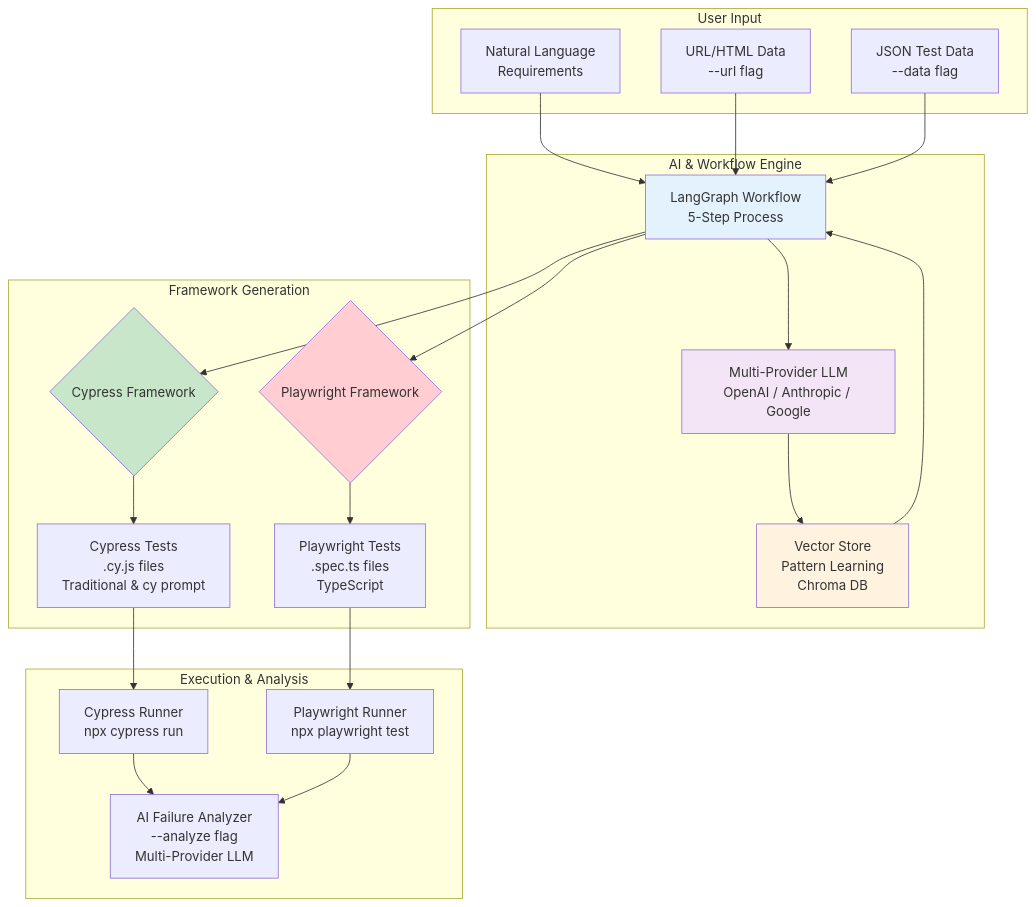
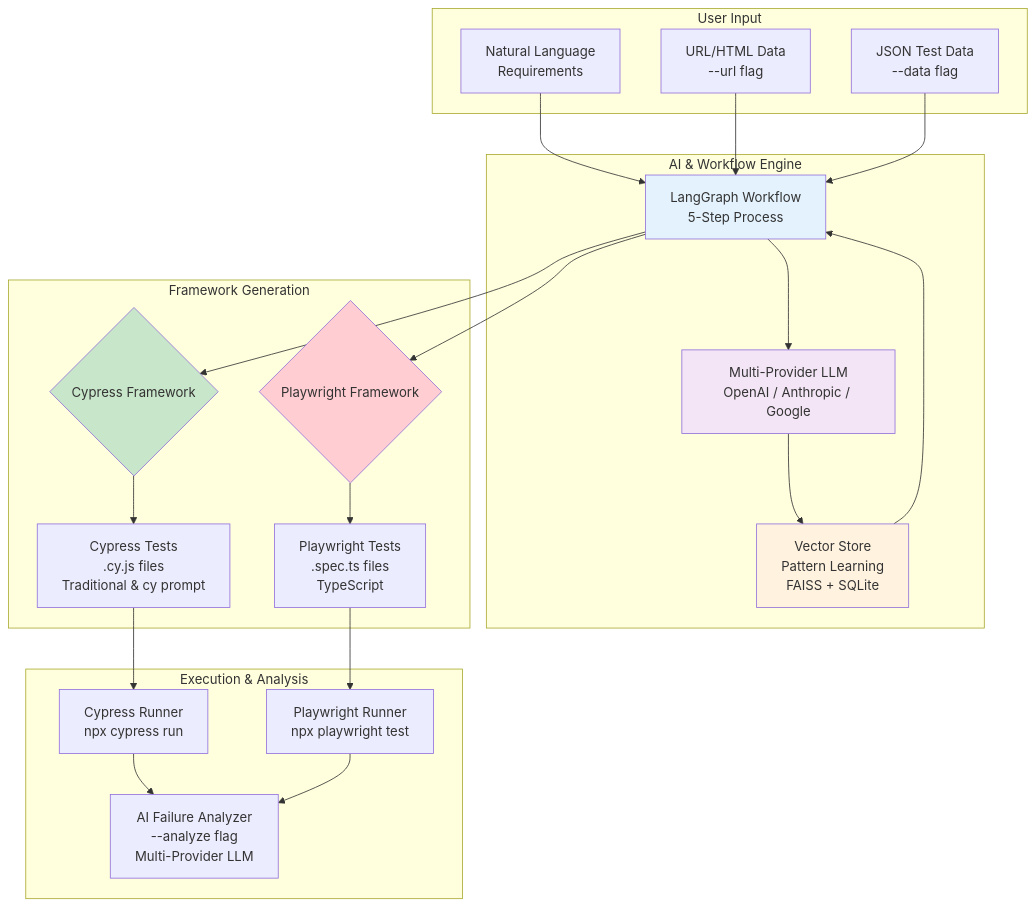
The diagram in .github/images/architecture.mmd (aiqualitylab/ai-natural-language-tests), drawn with Mermaid before and after one commit. The commit also changed 15 other files, not shown here.

Commit message:
feat: Upgrade to version 4.0.0 with FAISS + SQLite integration and updated test cases for login functionality

```diff
--- a/.github/images/architecture.mmd
+++ b/.github/images/architecture.mmd
@@ -1,46 +1,46 @@
 graph TB
     subgraph "User Input"
         A[Natural Language<br/>Requirements]
         B[URL/HTML Data<br/>--url flag]
         C[JSON Test Data<br/>--data flag]
     end
 
     subgraph "AI & Workflow Engine"
         D[LangGraph Workflow<br/>5-Step Process]
         E[Multi-Provider LLM<br/>OpenAI / Anthropic / Google]
-        F[Vector Store<br/>Pattern Learning<br/>Chroma DB]
+        F[Vector Store<br/>Pattern Learning<br/>FAISS + SQLite]
     end
 
     subgraph "Framework Generation"
         G{Cypress Framework}
         H{Playwright Framework}
         I[Cypress Tests<br/>.cy.js files<br/>Traditional & cy prompt]
         J[Playwright Tests<br/>.spec.ts files<br/>TypeScript]
     end
 
     subgraph "Execution & Analysis"
         K[Cypress Runner<br/>npx cypress run]
         L[Playwright Runner<br/>npx playwright test]
         M[AI Failure Analyzer<br/>--analyze flag<br/>Multi-Provider LLM]
     end
 
     A --> D
     B --> D
     C --> D
     D --> E
     E --> F
     F --> D
     D --> G
     D --> H
     G --> I
     H --> J
     I --> K
     J --> L
     K --> M
     L --> M
 
     style D fill:#e3f2fd
     style E fill:#f3e5f5
     style F fill:#fff3e0
     style G fill:#c8e6c9
     style H fill:#ffcdd2
```
